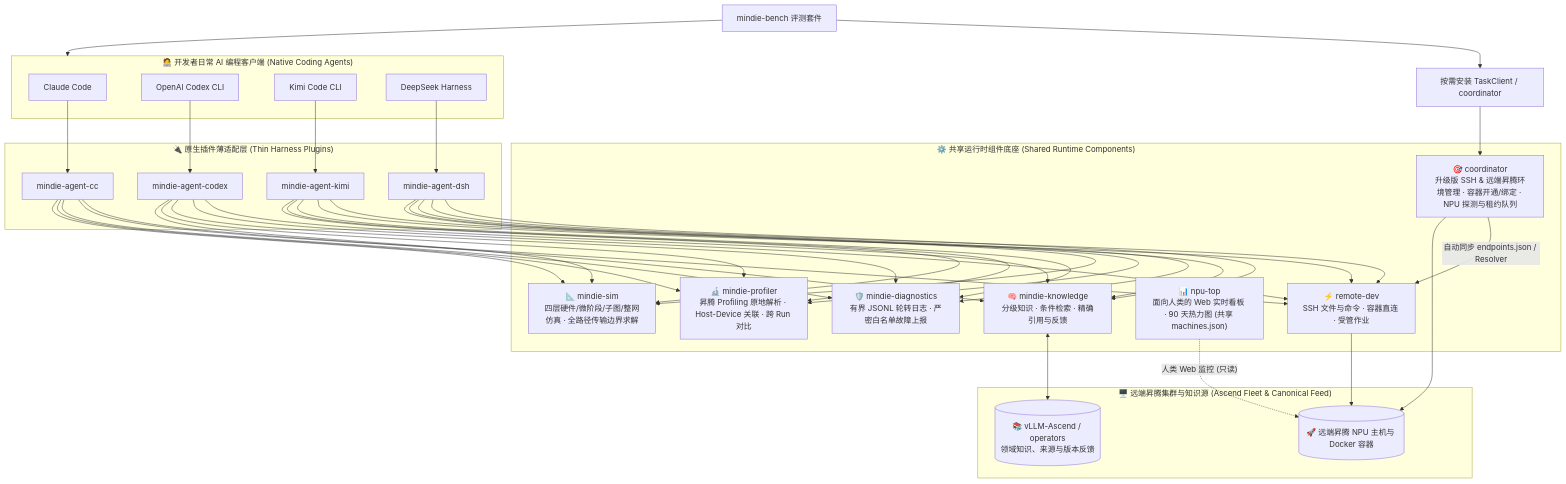
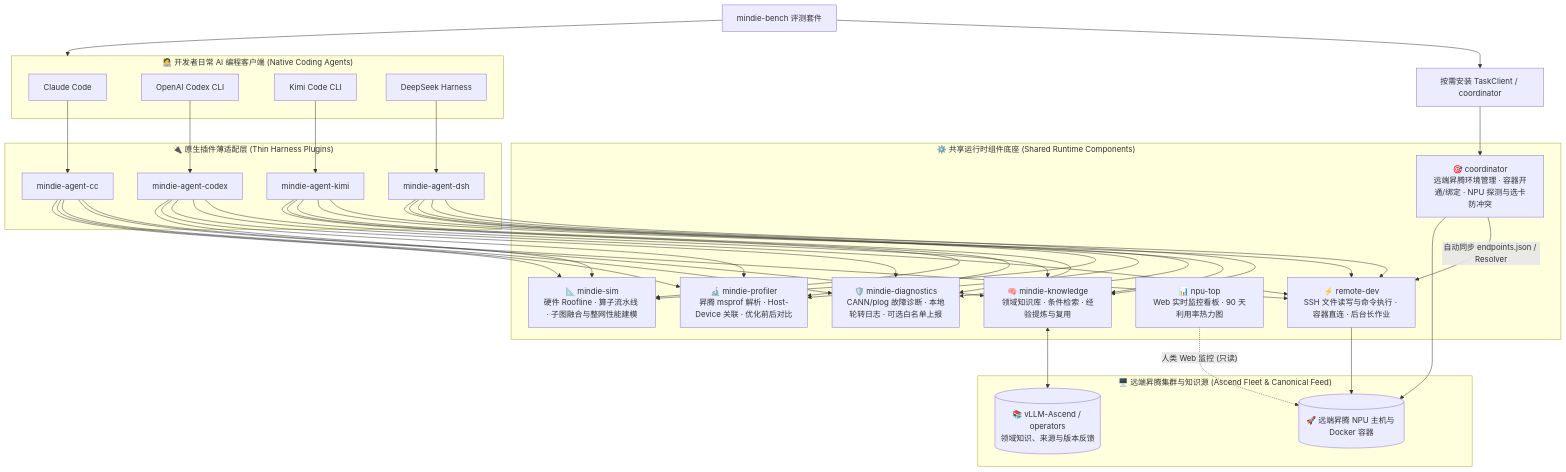
One commit to grandolantow/mindie-agent changed the first of 2 diagrams in README.md. Above: the diagram before and after it, drawn with Mermaid. The commit also changed other lines of this file and 17 other files, not shown here.

Commit message:
docs(rsi): integrate AMD-AGI/GEAK and Apple ml-rsi-inference-bench RSI safeguards and architecture alignment

````diff
--- a/README.md
+++ b/README.md
@@ -175,44 +175,44 @@
 ```mermaid
 flowchart TB
   subgraph Clients["🧑‍💻 开发者日常 AI 编程客户端 (Native Coding Agents)"]
     CC["Claude Code"]
     Codex["OpenAI Codex CLI"]
     Kimi["Kimi Code CLI"]
     DSH["DeepSeek Harness"]
   end
 
   subgraph Adapters["🔌 原生插件薄适配层 (Thin Harness Plugins)"]
     P_CC["mindie-agent-cc"]
     P_Codex["mindie-agent-codex"]
     P_Kimi["mindie-agent-kimi"]
     P_DSH["mindie-agent-dsh"]
   end
 
   subgraph Core["⚙️ 共享运行时组件底座 (Shared Runtime Components)"]
-    Knowledge["🧠 mindie-knowledge<br/>分级知识 · 条件检索 · 精确引用与反馈"]
-    Coord["🎯 coordinator<br/>升级版 SSH & 远端昇腾环境管理 · 容器开通/绑定 · NPU 探测与租约队列"]
-    RemoteDev["⚡ remote-dev<br/>SSH 文件与命令 · 容器直连 · 受管作业"]
-    Profiler["🔬 mindie-profiler<br/>昇腾 Profiling 原地解析 · Host-Device 关联 · 跨 Run 对比"]
-    Sim["📐 mindie-sim<br/>四层硬件/微阶段/子图/整网仿真 · 全路径传输边界求解"]
-    NpuTop["📊 npu-top<br/>面向人类的 Web 实时看板 · 90 天热力图 (共享 machines.json)"]
-    Diag["🛡️ mindie-diagnostics<br/>有界 JSONL 轮转日志 · 严密白名单故障上报"]
+    Knowledge["🧠 mindie-knowledge<br/>领域知识库 · 条件检索 · 经验提炼与复用"]
+    Coord["🎯 coordinator<br/>远端昇腾环境管理 · 容器开通/绑定 · NPU 探测与选卡防冲突"]
+    RemoteDev["⚡ remote-dev<br/>SSH 文件读写与命令执行 · 容器直连 · 后台长作业"]
+    Profiler["🔬 mindie-profiler<br/>昇腾 msprof 解析 · Host-Device 关联 · 优化前后对比"]
+    Sim["📐 mindie-sim<br/>硬件 Roofline · 算子流水线 · 子图融合与整网性能建模"]
+    NpuTop["📊 npu-top<br/>Web 实时监控看板 · 90 天利用率热力图"]
+    Diag["🛡️ mindie-diagnostics<br/>CANN/plog 故障诊断 · 本地轮转日志 · 可选白名单上报"]
   end
 
   subgraph Remote["🖥️ 远端昇腾集群与知识源 (Ascend Fleet & Canonical Feed)"]
     Feed[("📚 vLLM-Ascend / operators<br/>领域知识、来源与版本反馈")]
     Cluster[("🚀 远端昇腾 NPU 主机与 Docker 容器")]
   end
 
   CC --> P_CC
   Codex --> P_Codex
   Kimi --> P_Kimi
   DSH --> P_DSH
 
   P_CC & P_Codex & P_Kimi & P_DSH --> Knowledge & RemoteDev & Diag & Profiler & Sim
   Task["按需安装 TaskClient / coordinator"] --> Coord
   Bench["mindie-bench 评测套件"] --> Task & Clients
   Knowledge <--> Feed
   Coord -- "自动同步 endpoints.json / Resolver" --> RemoteDev
   Coord & RemoteDev --> Cluster
   NpuTop -. "人类 Web 监控 (只读)" .-> Cluster
 ```
````
